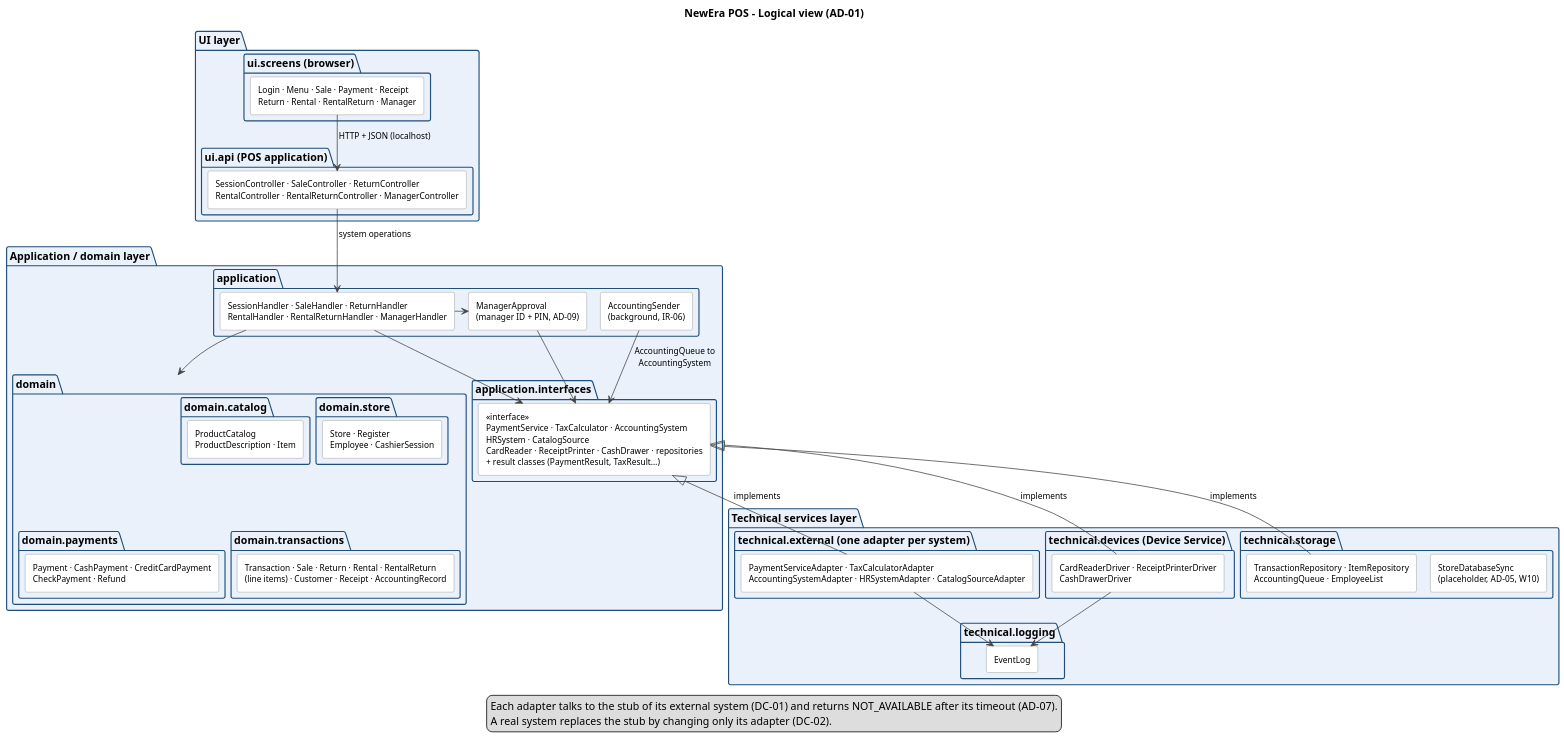
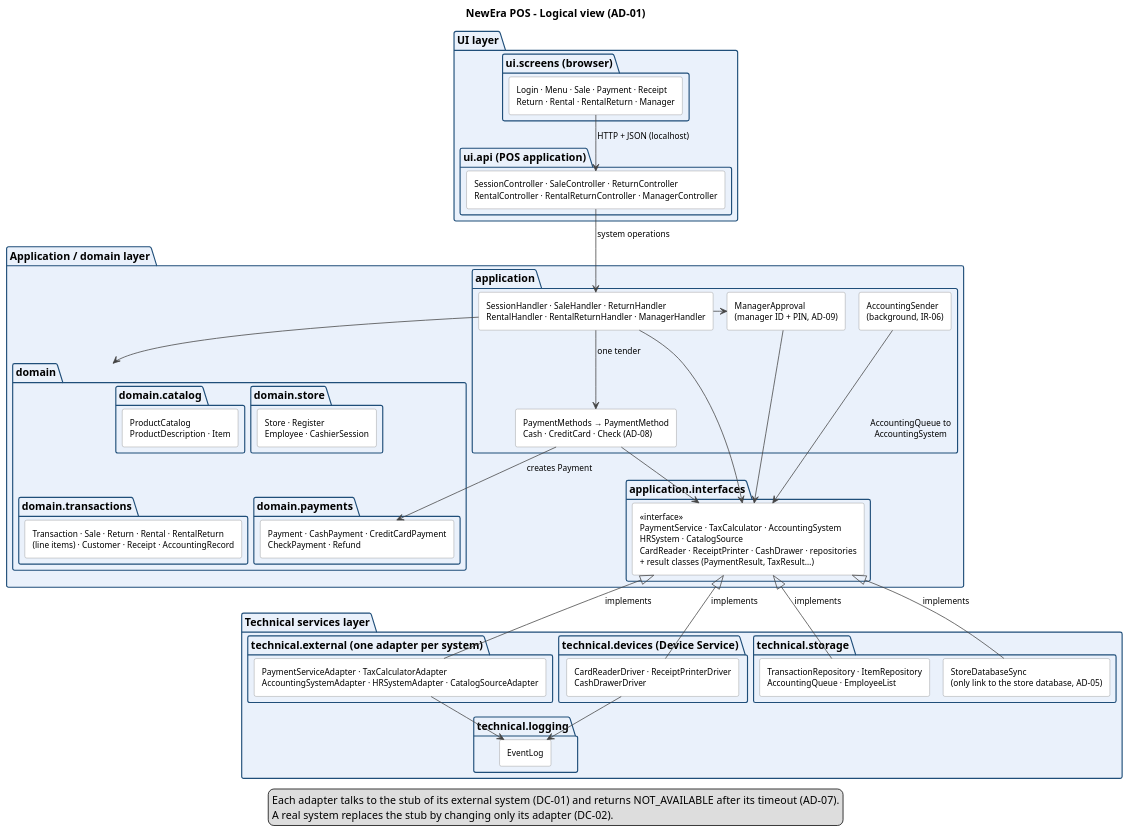
The diagram in assets/architecture_logical.puml (bhsei/26D), drawn with PlantUML before and after one commit.

Commit message:
W10 - Logical diagram source; StoreDatabaseSync no longer a placeholder (AD-05), PaymentMethod classes (AD-08)

```diff
--- a/assets/architecture_logical.puml
+++ b/assets/architecture_logical.puml
@@ -1,98 +1,103 @@
 @startuml
-' NewEra POS - Logical view (layers and packages), W09
+' NewEra POS - Logical view (layers and packages), W09; W10: StoreDatabaseSync (AD-05), PaymentMethod (AD-08)
 ' Team D - editable source of assets/architecture_logical.png
 ' Render with: java -jar plantuml.jar -tpng assets/architecture_logical.puml
 ' Names follow docs/design/architecture.md (AD-01 layers, AD-02 local web application, AD-04 adapters, AD-10 devices),
 ' the domain model, the SSDs and docs/design/system_interfaces.md.
 
 !pragma layout smetana
 set separator none
 top to bottom direction
 skinparam shadowing false
 skinparam dpi 130
 skinparam defaultFontName Arial
 skinparam ArrowColor #444444
 skinparam ArrowFontSize 11
 skinparam PackageBorderColor #1F4E79
 skinparam PackageBackgroundColor #EAF1FB
 skinparam RectangleBorderColor #888888
 skinparam RectangleBackgroundColor #FFFFFF
 skinparam RectangleFontSize 11
 skinparam NoteBackgroundColor #FFF8DC
 skinparam NoteBorderColor #B8A04A
 
 title NewEra POS - Logical view (AD-01)
 
 package "UI layer" as UI {
   package "ui.screens (browser)" as screens {
     rectangle "Login · Menu · Sale · Payment · Receipt\nReturn · Rental · RentalReturn · Manager" as Screens
   }
   package "ui.api (POS application)" as api {
     rectangle "SessionController · SaleController · ReturnController\nRentalController · RentalReturnController · ManagerController" as Controllers
   }
 }
 
 package "Application / domain layer" as APP {
   package "application" as application {
     rectangle "SessionHandler · SaleHandler · ReturnHandler\nRentalHandler · RentalReturnHandler · ManagerHandler" as Handlers
     rectangle "ManagerApproval\n(manager ID + PIN, AD-09)" as Approval
     rectangle "AccountingSender\n(background, IR-06)" as Sender
+    rectangle "PaymentMethods → PaymentMethod\nCash · CreditCard · Check (AD-08)" as PayMethods
   }
   package "application.interfaces" as interfaces {
     rectangle "<<interface>>\nPaymentService · TaxCalculator · AccountingSystem\nHRSystem · CatalogSource\nCardReader · ReceiptPrinter · CashDrawer · repositories\n+ result classes (PaymentResult, TaxResult…)" as Interfaces
   }
   package "domain" as domain {
     package "domain.store" as dstore {
       rectangle "Store · Register\nEmployee · CashierSession" as DStore
     }
     package "domain.catalog" as dcatalog {
       rectangle "ProductCatalog\nProductDescription · Item" as DCatalog
     }
     package "domain.transactions" as dtrans {
       rectangle "Transaction · Sale · Return · Rental · RentalReturn\n(line items) · Customer · Receipt · AccountingRecord" as DTrans
     }
     package "domain.payments" as dpay {
       rectangle "Payment · CashPayment · CreditCardPayment\nCheckPayment · Refund" as DPay
     }
   }
 }
 
 package "Technical services layer" as TECH {
   package "technical.external (one adapter per system)" as external {
     rectangle "PaymentServiceAdapter · TaxCalculatorAdapter\nAccountingSystemAdapter · HRSystemAdapter · CatalogSourceAdapter" as Adapters
   }
   package "technical.devices (Device Service)" as devices {
     rectangle "CardReaderDriver · ReceiptPrinterDriver\nCashDrawerDriver" as Drivers
   }
   package "technical.storage" as storage {
     rectangle "TransactionRepository · ItemRepository\nAccountingQueue · EmployeeList" as Repos
-    rectangle "StoreDatabaseSync\n(placeholder, AD-05, W10)" as Sync
+    rectangle "StoreDatabaseSync\n(only link to the store database, AD-05)" as Sync
   }
   package "technical.logging" as logging {
     rectangle "EventLog" as Log
   }
 }
 
 Screens -down-> Controllers : HTTP + JSON (localhost)
 Controllers -down-> Handlers : system operations
 Handlers -down-> domain
 Handlers -down-> Interfaces
 Handlers -right-> Approval
 Approval -down-> Interfaces
 Sender -down-> Interfaces : AccountingQueue to\nAccountingSystem
+Handlers -down-> PayMethods : one tender
+PayMethods -down-> Interfaces
+PayMethods -down-> DPay : creates Payment
 DStore -[hidden]right- DCatalog
 DTrans -[hidden]right- DPay
 DStore -[hidden]down- DTrans
 Repos -[hidden]right- Sync
 Adapters -up-|> Interfaces : implements
 Drivers -up-|> Interfaces : implements
 Repos -up-|> Interfaces : implements
+Sync -up-|> Interfaces : implements
 Adapters -down-> Log
 Drivers -down-> Log
 
 legend bottom
   Each adapter talks to the stub of its external system (DC-01) and returns NOT_AVAILABLE after its timeout (AD-07).
   A real system replaces the stub by changing only its adapter (DC-02).
 endlegend
 
 @enduml
```
